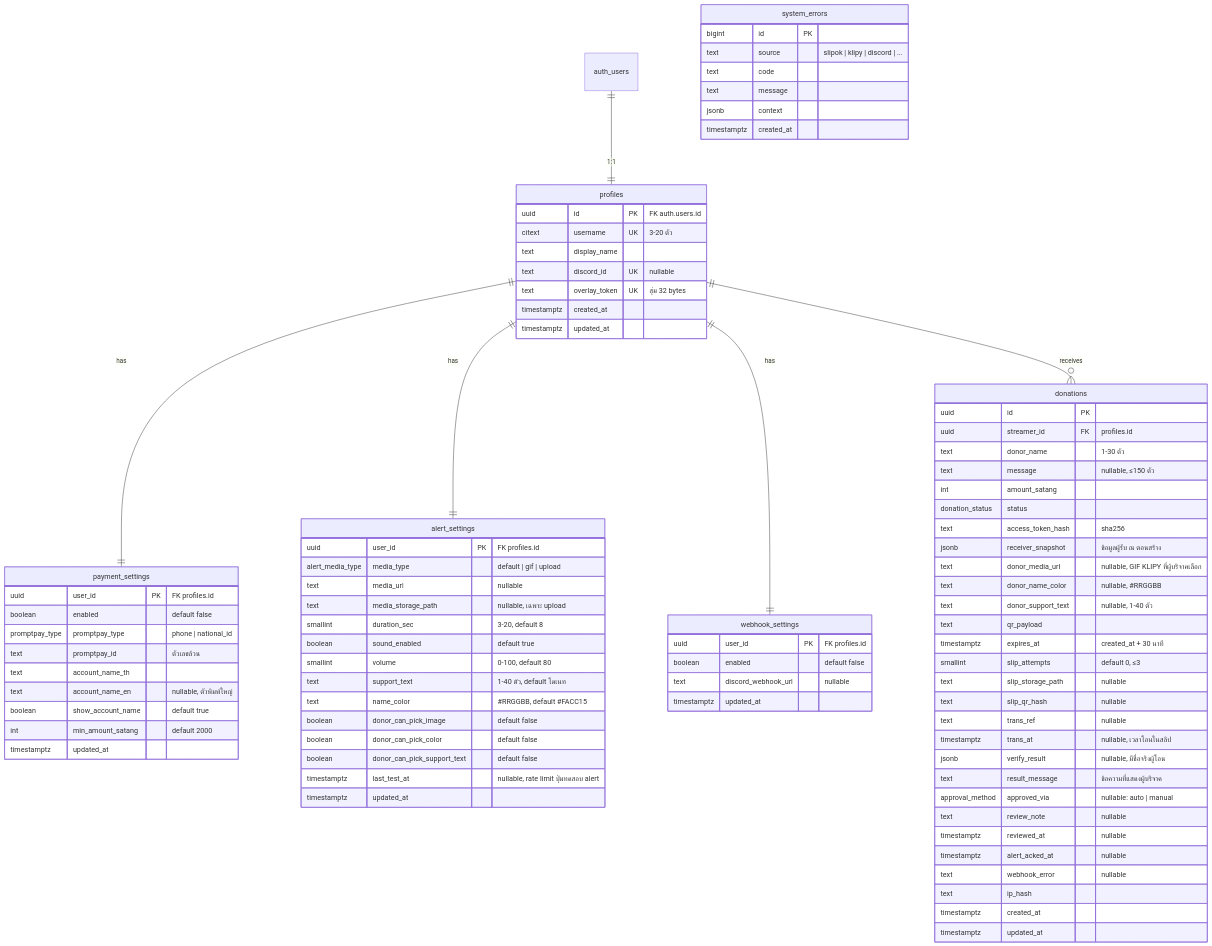
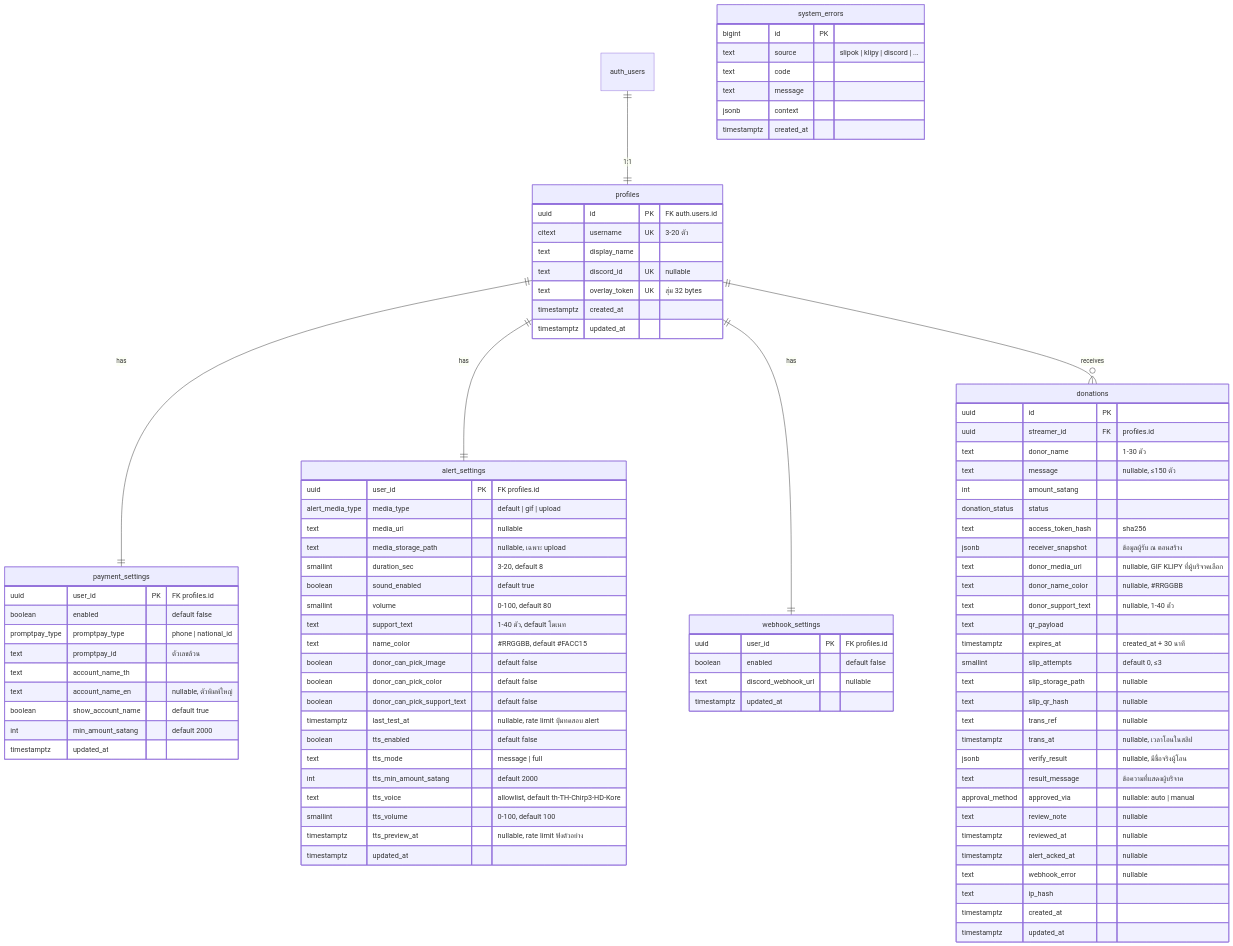
Before and after one commit to autosuwan/kortangnoi: the diagram in docs/er.md, drawn with Mermaid. The commit also changed other lines of this file and 23 other files, not shown here.

```diff
--- a/docs/er.md
+++ b/docs/er.md
@@ -46,6 +46,12 @@
     boolean donor_can_pick_color "default false"
     boolean donor_can_pick_support_text "default false"
     timestamptz last_test_at "nullable, rate limit ปุ่มทดสอบ alert"
+    boolean tts_enabled "default false"
+    text tts_mode "message | full"
+    int tts_min_amount_satang "default 2000"
+    text tts_voice "allowlist, default th-TH-Chirp3-HD-Kore"
+    smallint tts_volume "0-100, default 100"
+    timestamptz tts_preview_at "nullable, rate limit ฟังตัวอย่าง"
     timestamptz updated_at
   }
 
```
